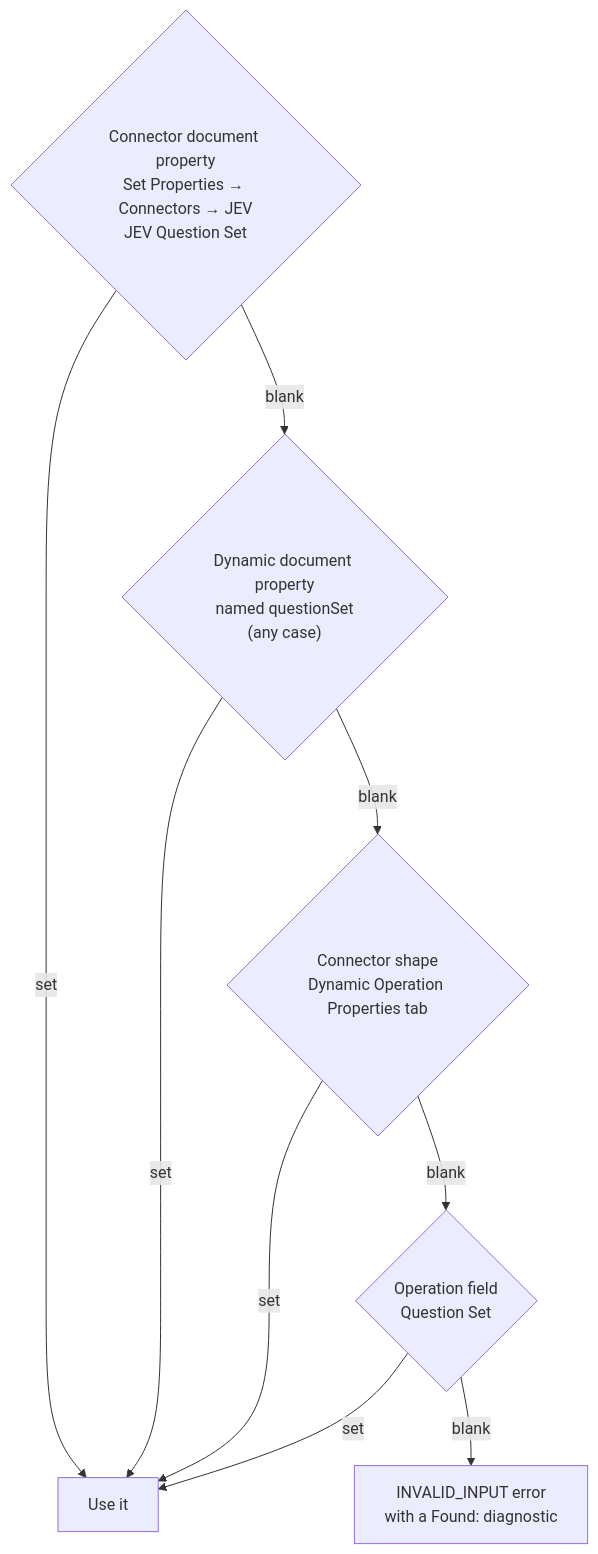
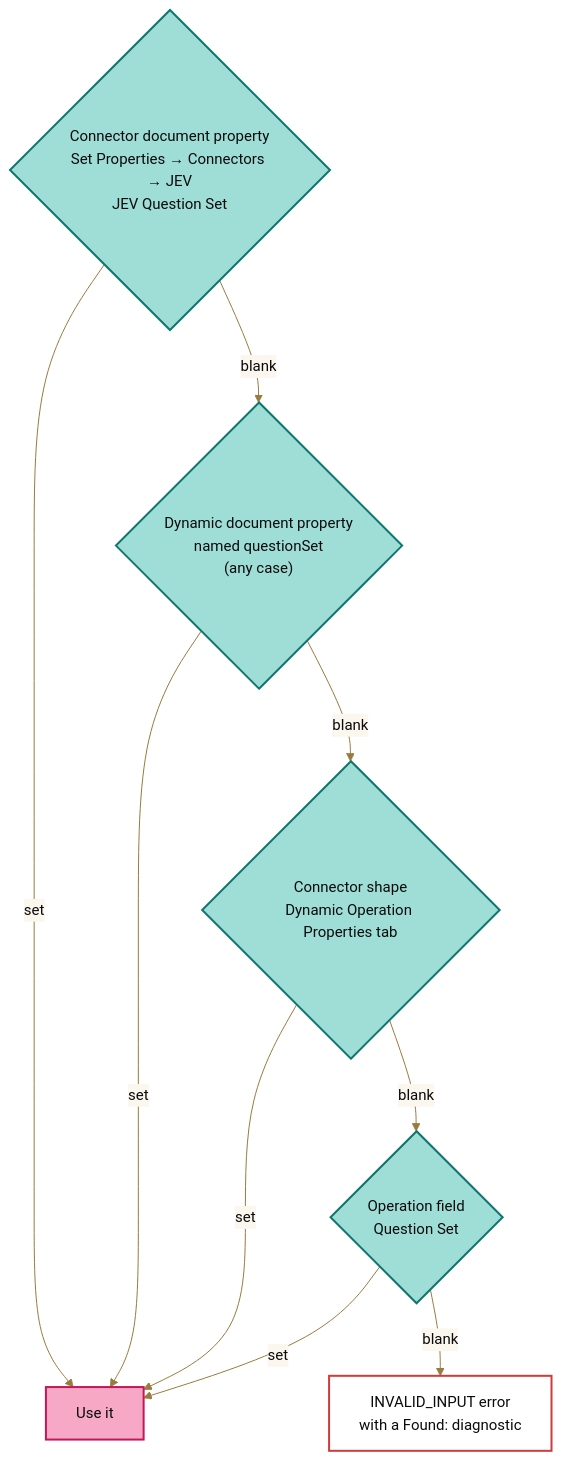
The fourth of 5 diagrams in jev-connector/README.md (brianbrinley/BoomiCustomConnectors), drawn with Mermaid before and after one commit. The commit also changed other lines of this file and 12 other files, not shown here.

````diff
--- a/jev-connector/README.md
+++ b/jev-connector/README.md
@@ -361,11 +393,20 @@
 ```mermaid
+%%{init: {"theme": "base", "fontFamily": "Josefin Sans, trebuchet ms, verdana, arial, sans-serif", "themeVariables": {"fontSize": "15px", "background": "#FBF6EE", "primaryColor": "#FBF6EE", "primaryTextColor": "#0B0B0B", "primaryBorderColor": "#9A7B3F", "lineColor": "#9A7B3F", "textColor": "#0B0B0B", "secondaryColor": "#9FDED6", "tertiaryColor": "#FBE7A1", "edgeLabelBackground": "#FBF6EE", "clusterBkg": "#FBF6EE", "clusterBorder": "#9A7B3F", "actorBkg": "#F7A8C4", "actorBorder": "#C2185B", "actorTextColor": "#0B0B0B", "actorLineColor": "#9A7B3F", "signalColor": "#0B0B0B", "signalTextColor": "#0B0B0B", "labelBoxBkgColor": "#FBE7A1", "labelBoxBorderColor": "#9A7B3F", "labelTextColor": "#0B0B0B", "loopTextColor": "#0B0B0B", "noteBkgColor": "#FBE7A1", "noteBorderColor": "#9A7B3F", "noteTextColor": "#0B0B0B", "activationBkgColor": "#9FDED6", "activationBorderColor": "#0F766E", "sequenceNumberColor": "#FBF6EE"}}}%%
 flowchart TD
     S1{"Connector document property<br/>Set Properties → Connectors → JEV<br/>JEV Question Set"} -->|set| USE["Use it"]
     S1 -->|blank| S2{"Dynamic document property<br/>named questionSet<br/>(any case)"}
     S2 -->|set| USE
     S2 -->|blank| S3{"Connector shape<br/>Dynamic Operation Properties tab"}
     S3 -->|set| USE
     S3 -->|blank| S4{"Operation field<br/>Question Set"}
     S4 -->|set| USE
     S4 -->|blank| E["INVALID_INPUT error<br/>with a Found: diagnostic"]
+    class S1,S2,S3,S4 decision
+    class USE focus
+    class E error
+    classDef focus fill:#F7A8C4,stroke:#C2185B,stroke-width:2px,color:#0B0B0B
+    classDef decision fill:#9FDED6,stroke:#0F766E,stroke-width:2px,color:#0B0B0B
+    classDef highlight fill:#FBE7A1,stroke:#9A7B3F,stroke-width:1.5px,color:#0B0B0B
+    classDef external fill:#FFFFFF,stroke:#0F766E,stroke-width:1.5px,stroke-dasharray:5 3,color:#0B0B0B
+    classDef error fill:#FFFFFF,stroke:#D03B3B,stroke-width:2px,color:#0B0B0B
 ```
````
